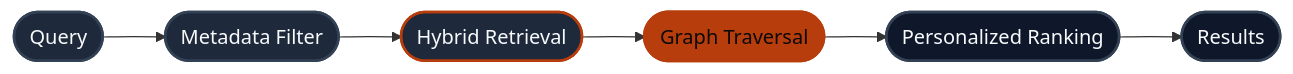
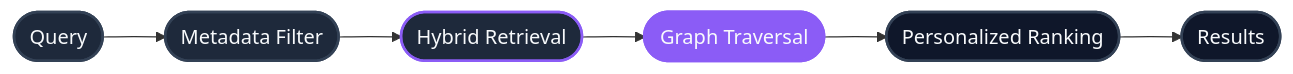
Before and after one commit to hydra-db/mintlify-docs: the diagram in get-started/introduction.mdx, drawn with Mermaid. The commit also changed other lines of this file and 1 other file, not shown here.

Commit message:
minor cleanup

````diff
--- a/get-started/introduction.mdx
+++ b/get-started/introduction.mdx
@@ -55,20 +55,20 @@
 ```mermaid
 flowchart LR
   Q([Query]) --> F([Metadata Filter])
   F --> H([Hybrid Retrieval])
   H --> G([Graph Traversal])
   G --> R([Personalized Ranking])
   R --> O([Results])
 
 %% HydraDB Dark Mode Styles
 %% Background (set outside Mermaid itself), but node colors are key
 
 %% Set all node text to off-white for readability
   style Q fill:#1e293b,stroke:#334155,stroke-width:2px,color:#f8fafc,stroke-linecap:round
   style F fill:#1e293b,stroke:#334155,stroke-width:2px,color:#f8fafc,stroke-linecap:round
-  style H fill:#1e293b,stroke:#b83d0d,stroke-width:2px,color:#f8fafc,stroke-linecap:round
-  %% 'Graph Traversal' - Hydra Orange Highlight
-  style G fill:#b83d0d,stroke:#b83d0d,stroke-width:2.5px,color:#0a0908,stroke-linecap:round
+  style H fill:#1e293b,stroke:#8b5cf6,stroke-width:2px,color:#f8fafc,stroke-linecap:round
+  %% 'Graph Traversal' - Hydra Purple Highlight
+  style G fill:#8b5cf6,stroke:#8b5cf6,stroke-width:2.5px,color:#f8fafc,stroke-linecap:round
   style R fill:#0f172a,stroke:#334155,stroke-width:2px,color:#f8fafc,stroke-linecap:round
   style O fill:#0f172a,stroke:#334155,stroke-width:2px,color:#f8fafc,stroke-linecap:round
 ```
````
